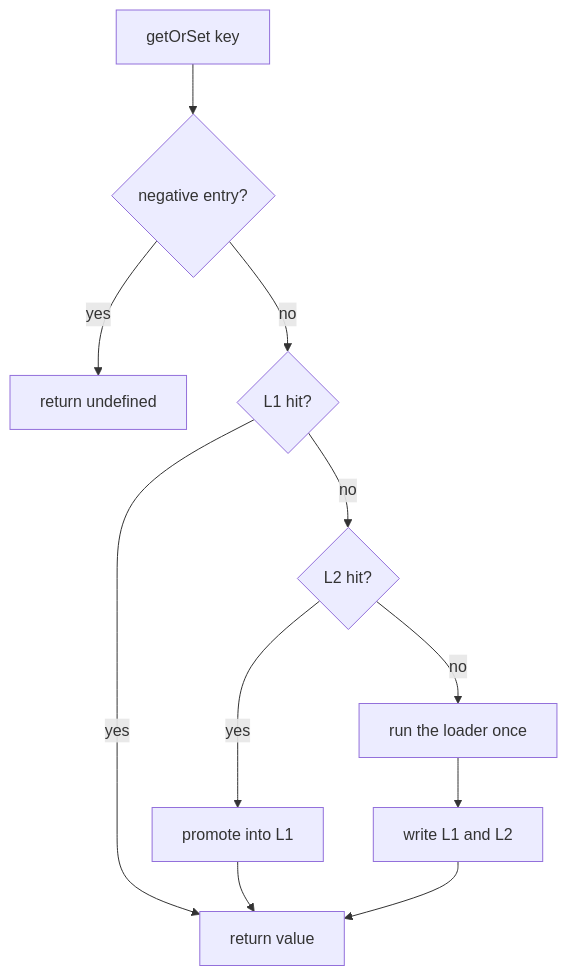
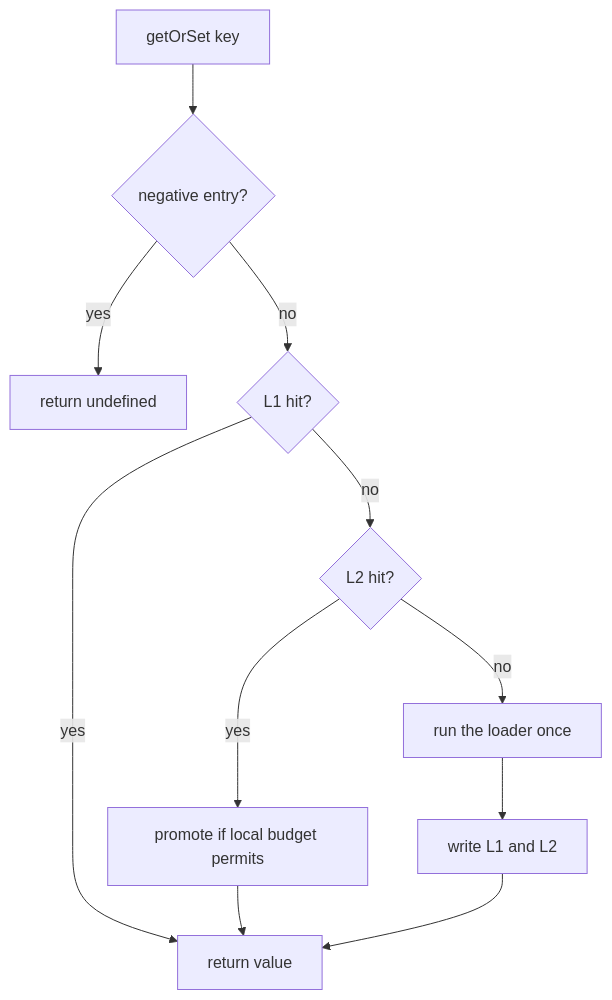
Before and after one commit to Amon20044/LazyLayers: the diagram in docs/concepts/layers.mdx, drawn with Mermaid. The commit also changed other lines of this file and 23 other files, not shown here.

````diff
--- a/docs/concepts/layers.mdx
+++ b/docs/concepts/layers.mdx
@@ -89,10 +92,10 @@
 ```mermaid
 flowchart TB
     A[getOrSet key] --> N{negative entry?}
     N -->|yes| U[return undefined]
     N -->|no| B{L1 hit?}
     B -->|yes| R[return value]
     B -->|no| C{L2 hit?}
-    C -->|yes| P[promote into L1] --> R
+    C -->|yes| P[promote if local budget permits] --> R
     C -->|no| L[run the loader once] --> W[write L1 and L2] --> R
 ```
````
